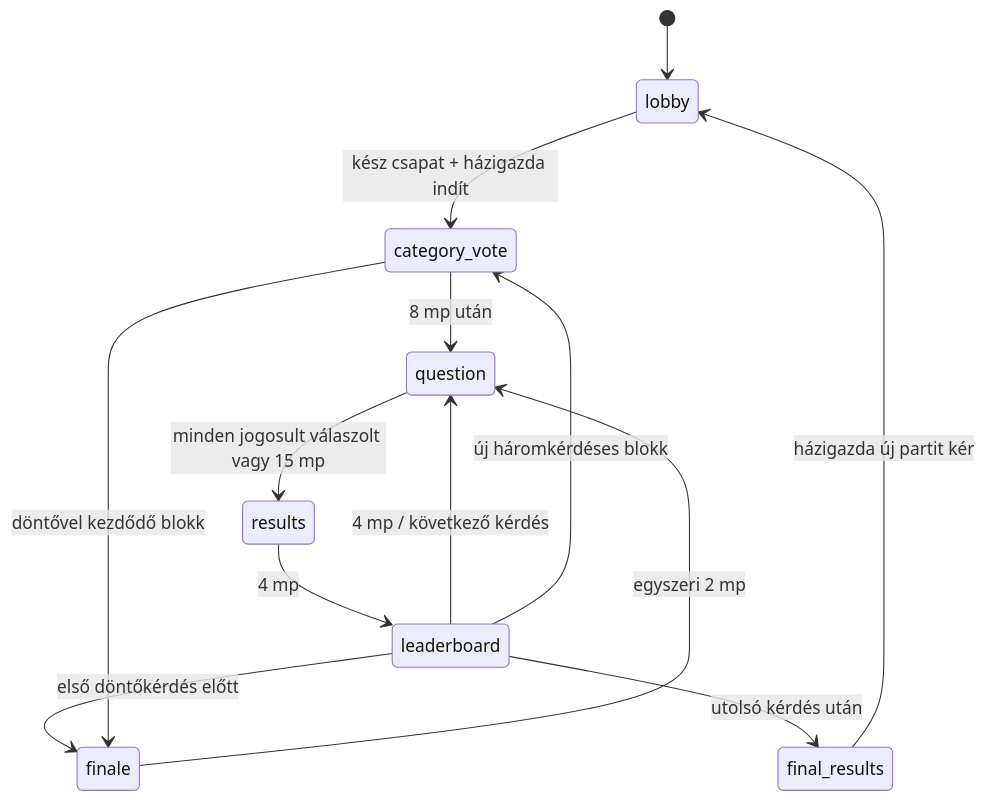
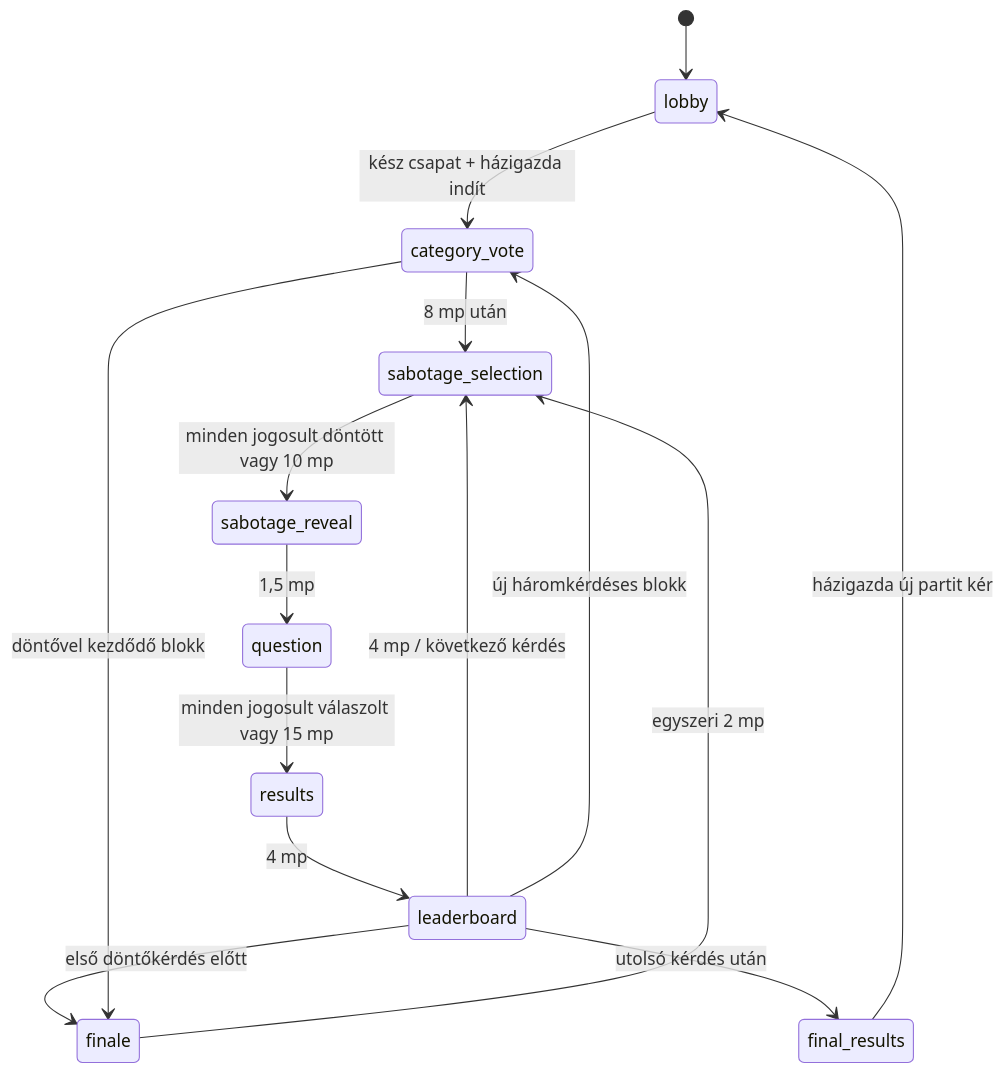
One commit to zsdaniel105/eszveszto changed the diagram in docs/game-design.md. Above: the diagram before and after it, drawn with Mermaid. The commit also changed other lines of this file and 15 other files, not shown here.

````diff
--- a/docs/game-design.md
+++ b/docs/game-design.md
@@ -17,15 +17,17 @@
 ```mermaid
 stateDiagram-v2
     [*] --> lobby
     lobby --> category_vote: kész csapat + házigazda indít
-    category_vote --> question: 8 mp után
+    category_vote --> sabotage_selection: 8 mp után
+    sabotage_selection --> sabotage_reveal: minden jogosult döntött vagy 10 mp
+    sabotage_reveal --> question: 1,5 mp
     question --> results: minden jogosult válaszolt vagy 15 mp
     results --> leaderboard: 4 mp
-    leaderboard --> question: 4 mp / következő kérdés
+    leaderboard --> sabotage_selection: 4 mp / következő kérdés
     leaderboard --> category_vote: új háromkérdéses blokk
     leaderboard --> finale: első döntőkérdés előtt
     category_vote --> finale: döntővel kezdődő blokk
-    finale --> question: egyszeri 2 mp
+    finale --> sabotage_selection: egyszeri 2 mp
     leaderboard --> final_results: utolsó kérdés után
     final_results --> lobby: házigazda új partit kér
 ```
````
